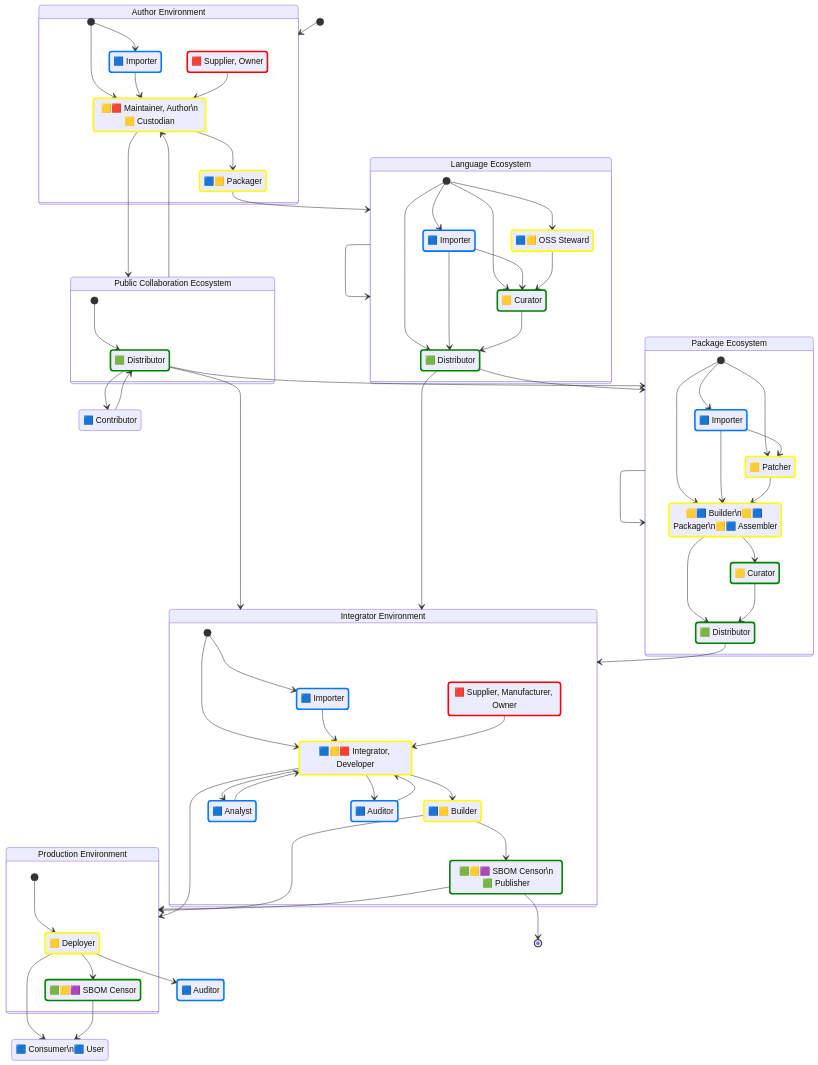
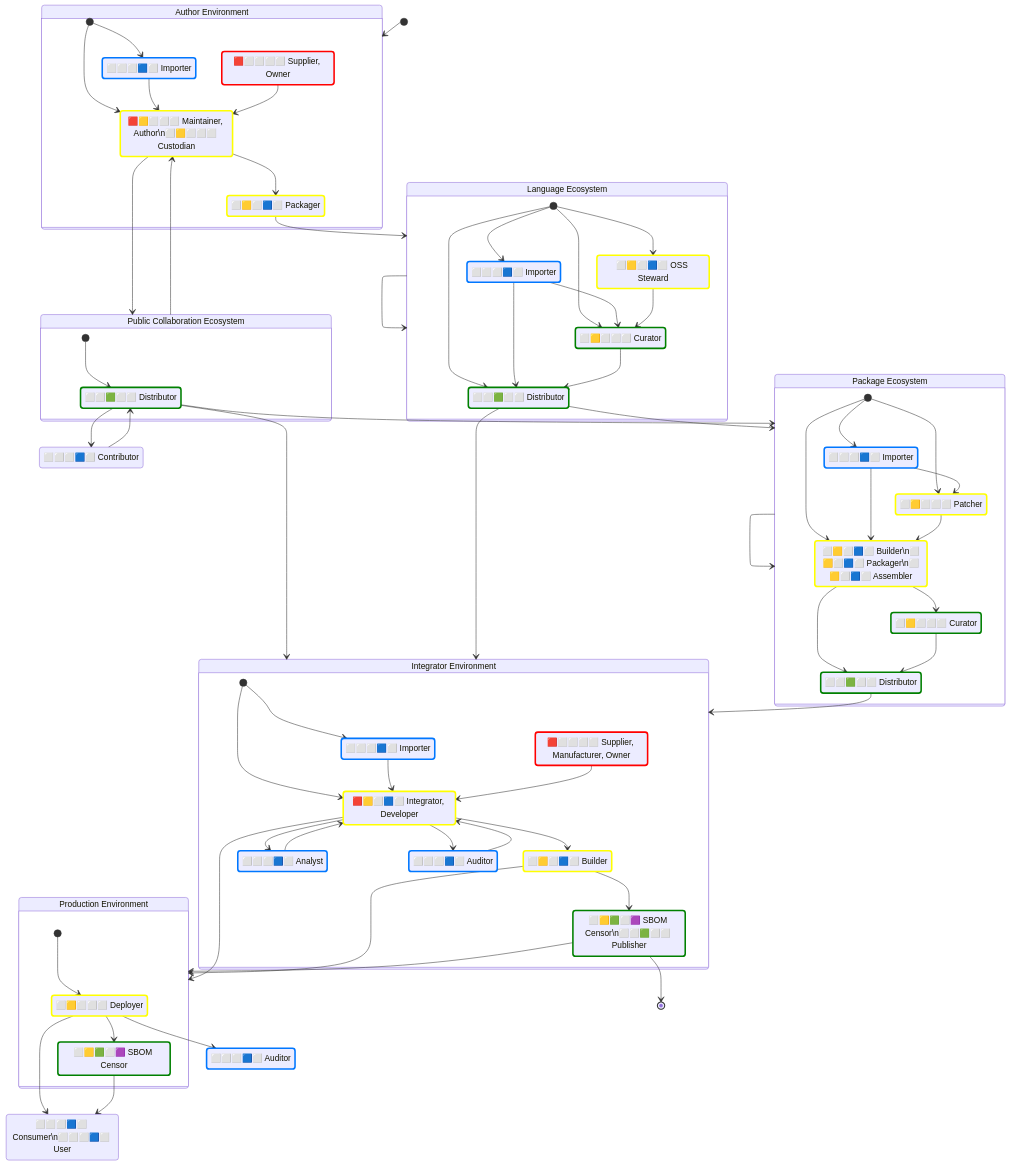
Before and after one commit to CPAN-Security/security.metacpan.org: the third of 3 diagrams in docs/supplychain-sbom.md, drawn with Mermaid. The commit also changed other lines of this file, not shown here.

Commit message:
Feedback wanted: Do-nothing supply-chain role

```diff
--- a/docs/supplychain-sbom.md
+++ b/docs/supplychain-sbom.md
@@ -200,32 +201,32 @@
     accTitle: An idealized Open Source supply-chain graph
 
     %%
-    state "🟦 Importer" as author_importer
-    state "🟥 Supplier, Owner" as author_owner
-    state "🟨🟥 Maintainer, Author\n🟨 Custodian" as author
-    state "🟩 Distributor" as repository_distributor
-    state "🟦 Importer" as language_importer
-    state "🟦🟨 Packager" as language_packager
-    state "🟦🟨 OSS Steward" as language_steward
-    state "🟨 Curator" as language_curator
-    state "🟩 Distributor" as language_distributor
-    state "🟦 Contributor" as contributor
-    state "🟦 Importer" as package_importer
-    state "🟨 Patcher" as package_patcher
-    state "🟨🟦 Builder\n🟨🟦 Packager\n🟨🟦 Assembler" as package_packager
-    state "🟨 Curator" as package_curator
-    state "🟩 Distributor" as package_distributor
-    state "🟦 Importer" as integrator_importer
-    state "🟥 Supplier, Manufacturer, Owner" as integrator_owner
-    state "🟦🟨🟥 Integrator, Developer" as integrator_developer
-    state "🟩🟨🟪 SBOM Censor\n🟩 Publisher" as integrator_publisher
-    state "🟦🟨 Builder" as integrator_builder
-    state "🟨 Deployer" as deployer
-    state "🟦 Analyst" as integrator_analyst
-    state "🟩🟨🟪 SBOM Censor" as censor
-    state "🟦 Consumer\n🟦  User" as consumer
-    state "🟦 Auditor" as auditor_internal
-    state "🟦 Auditor" as auditor_external
+    state "⬜⬜⬜🟦⬜ Importer" as author_importer
+    state "🟥⬜⬜⬜⬜ Supplier, Owner" as author_owner
+    state "🟥🟨⬜⬜⬜ Maintainer, Author\n⬜🟨⬜⬜⬜ Custodian" as author
+    state "⬜⬜🟩⬜⬜ Distributor" as repository_distributor
+    state "⬜⬜⬜🟦⬜ Importer" as language_importer
+    state "⬜🟨⬜🟦⬜ Packager" as language_packager
+    state "⬜🟨⬜🟦⬜ OSS Steward" as language_steward
+    state "⬜🟨⬜⬜⬜ Curator" as language_curator
+    state "⬜⬜🟩⬜⬜ Distributor" as language_distributor
+    state "⬜⬜⬜🟦⬜ Contributor" as contributor
+    state "⬜⬜⬜🟦⬜ Importer" as package_importer
+    state "⬜🟨⬜⬜⬜ Patcher" as package_patcher
+    state "⬜🟨⬜🟦⬜ Builder\n⬜🟨⬜🟦⬜ Packager\n⬜🟨⬜🟦⬜ Assembler" as package_packager
+    state "⬜🟨⬜⬜⬜ Curator" as package_curator
+    state "⬜⬜🟩⬜⬜ Distributor" as package_distributor
+    state "⬜⬜⬜🟦⬜ Importer" as integrator_importer
+    state "🟥⬜⬜⬜⬜ Supplier, Manufacturer, Owner" as integrator_owner
+    state "🟥🟨⬜🟦⬜ Integrator, Developer" as integrator_developer
+    state "⬜🟨🟩⬜🟪 SBOM Censor\n⬜⬜🟩⬜⬜ Publisher" as integrator_publisher
+    state "⬜🟨⬜🟦⬜ Builder" as integrator_builder
+    state "⬜🟨⬜⬜⬜ Deployer" as deployer
+    state "⬜⬜⬜🟦⬜ Analyst" as integrator_analyst
+    state "⬜🟨🟩⬜🟪 SBOM Censor" as censor
+    state "⬜⬜⬜🟦⬜ Consumer\n⬜⬜⬜🟦⬜ User" as consumer
+    state "⬜⬜⬜🟦⬜ Auditor" as auditor_internal
+    state "⬜⬜⬜🟦⬜ Auditor" as auditor_external
 
     %% 
     classDef createsSBOM stroke:red,stroke-width:3px;
```
